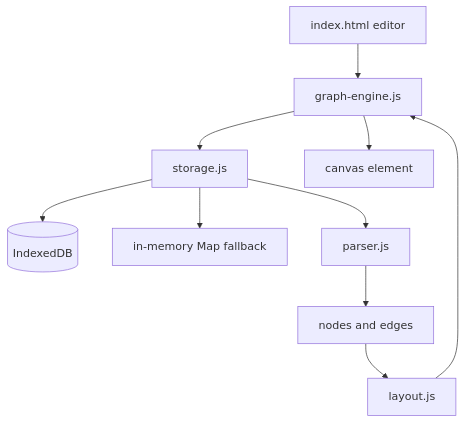
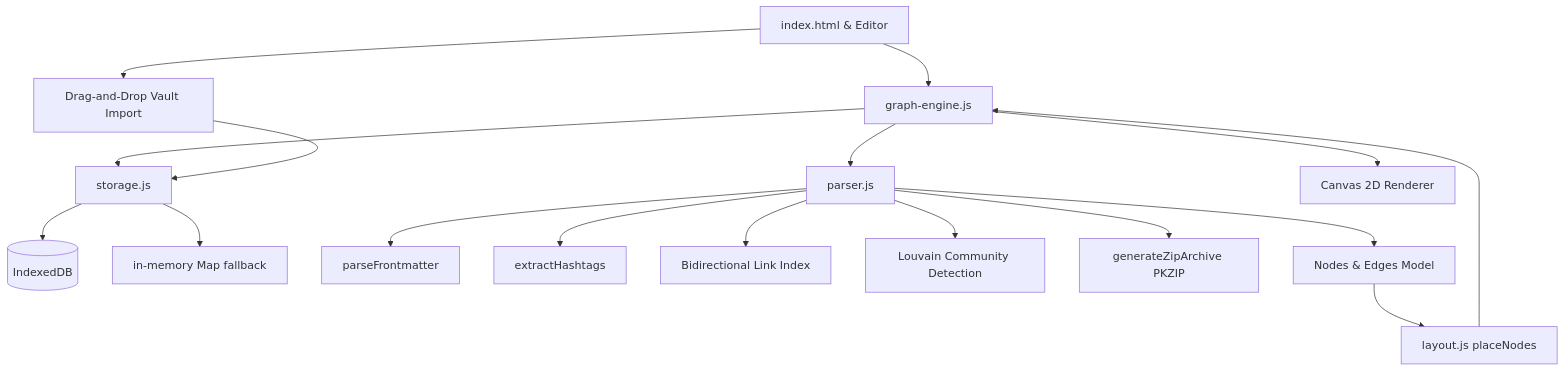
One commit to Facelessism/cradle changed the diagram in projects/productivity/knowledge-graph/ARCHITECTURE.md. Above: the diagram before and after it, drawn with Mermaid. The commit also changed other lines of this file and 5 other files, not shown here.

Commit message:
feat(knowledge-graph): add Obsidian backlinks, hashtags, Louvain clustering, search camera, and vault import/export

````diff
--- a/projects/productivity/knowledge-graph/ARCHITECTURE.md
+++ b/projects/productivity/knowledge-graph/ARCHITECTURE.md
@@ -35,12 +37,19 @@
 ```mermaid
 graph TD
-    Editor[index.html editor] --> Engine[graph-engine.js]
+    UI[index.html & Editor] --> Engine[graph-engine.js]
     Engine --> Storage[storage.js]
     Storage --> DB[(IndexedDB)]
     Storage --> Memory[in-memory Map fallback]
-    Storage --> Parser[parser.js]
-    Parser --> Nodes[nodes and edges]
-    Nodes --> Layout[layout.js]
+    Engine --> Parser[parser.js]
+    Parser --> Frontmatter[parseFrontmatter]
+    Parser --> Tags[extractHashtags]
+    Parser --> Links[Bidirectional Link Index]
+    Parser --> Louvain[Louvain Community Detection]
+    Parser --> Zip[generateZipArchive PKZIP]
+    Parser --> Nodes[Nodes & Edges Model]
+    Nodes --> Layout[layout.js placeNodes]
     Layout --> Engine
-    Engine --> Canvas[canvas element]
+    Engine --> Canvas[Canvas 2D Renderer]
+    UI --> DragDrop[Drag-and-Drop Vault Import]
+    DragDrop --> Storage
 ```
````
